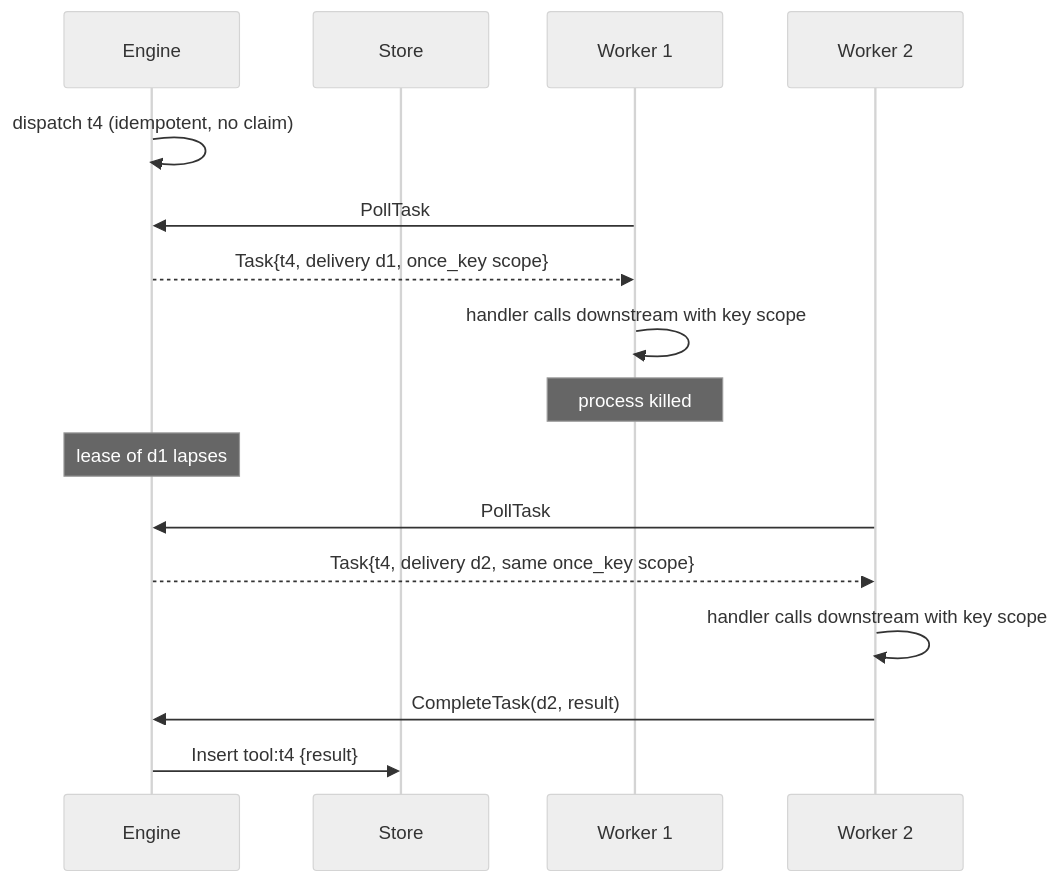
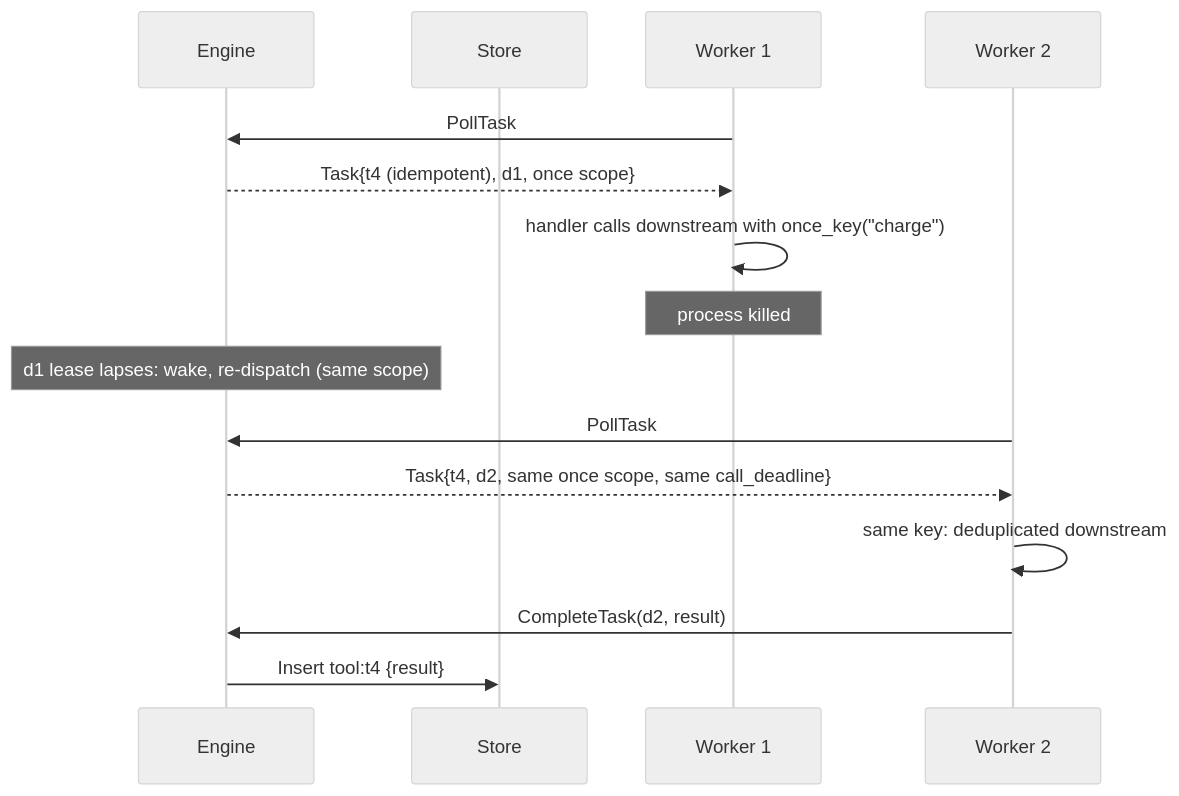
One commit to bide-ai/bide changed the third of 8 diagrams in docs/design/protocol.md. Above: the diagram before and after it, drawn with Mermaid (neutral theme). The commit also changed other lines of this file, not shown here.

````diff
--- a/docs/design/protocol.md
+++ b/docs/design/protocol.md
@@ -1425,18 +1437,17 @@
 ```mermaid
 sequenceDiagram
     participant E as Engine
     participant S as Store
     participant W1 as Worker 1
     participant W2 as Worker 2
-    E->>E: dispatch t4 (idempotent, no claim)
     W1->>E: PollTask
-    E-->>W1: Task{t4, delivery d1, once_key scope}
-    W1->>W1: handler calls downstream with key scope#0
+    E-->>W1: Task{t4 (idempotent), d1, once scope}
+    W1->>W1: handler calls downstream with once_key("charge")
     Note over W1: process killed
-    Note over E: lease of d1 lapses
+    Note over E: d1 lease lapses: wake, re-dispatch (same scope)
     W2->>E: PollTask
-    E-->>W2: Task{t4, delivery d2, same once_key scope}
-    W2->>W2: handler calls downstream with key scope#0 (deduplicated downstream)
+    E-->>W2: Task{t4, d2, same once scope, same call_deadline}
+    W2->>W2: same key: deduplicated downstream
     W2->>E: CompleteTask(d2, result)
     E->>S: Insert tool:t4 {result}
 ```
````
